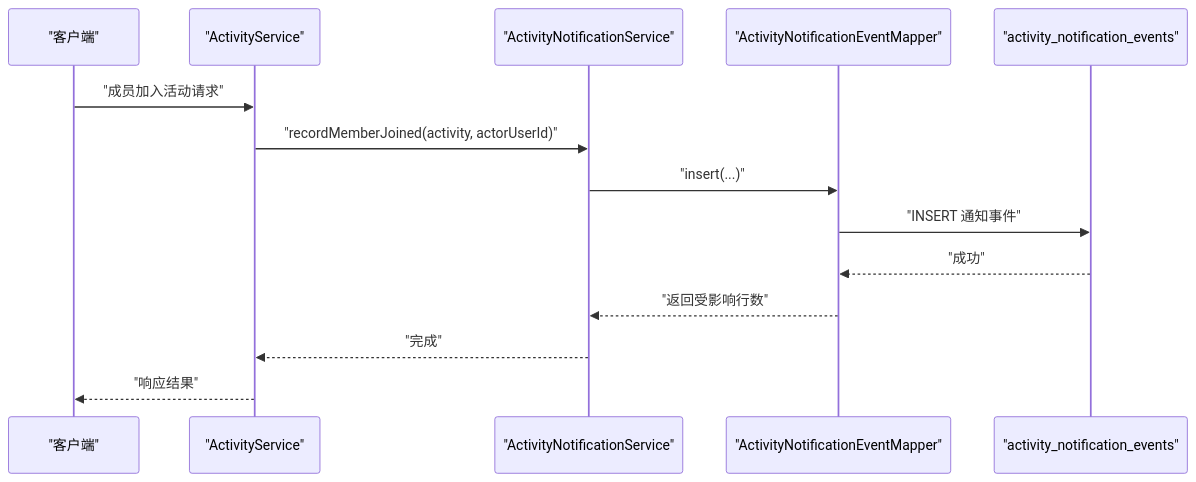
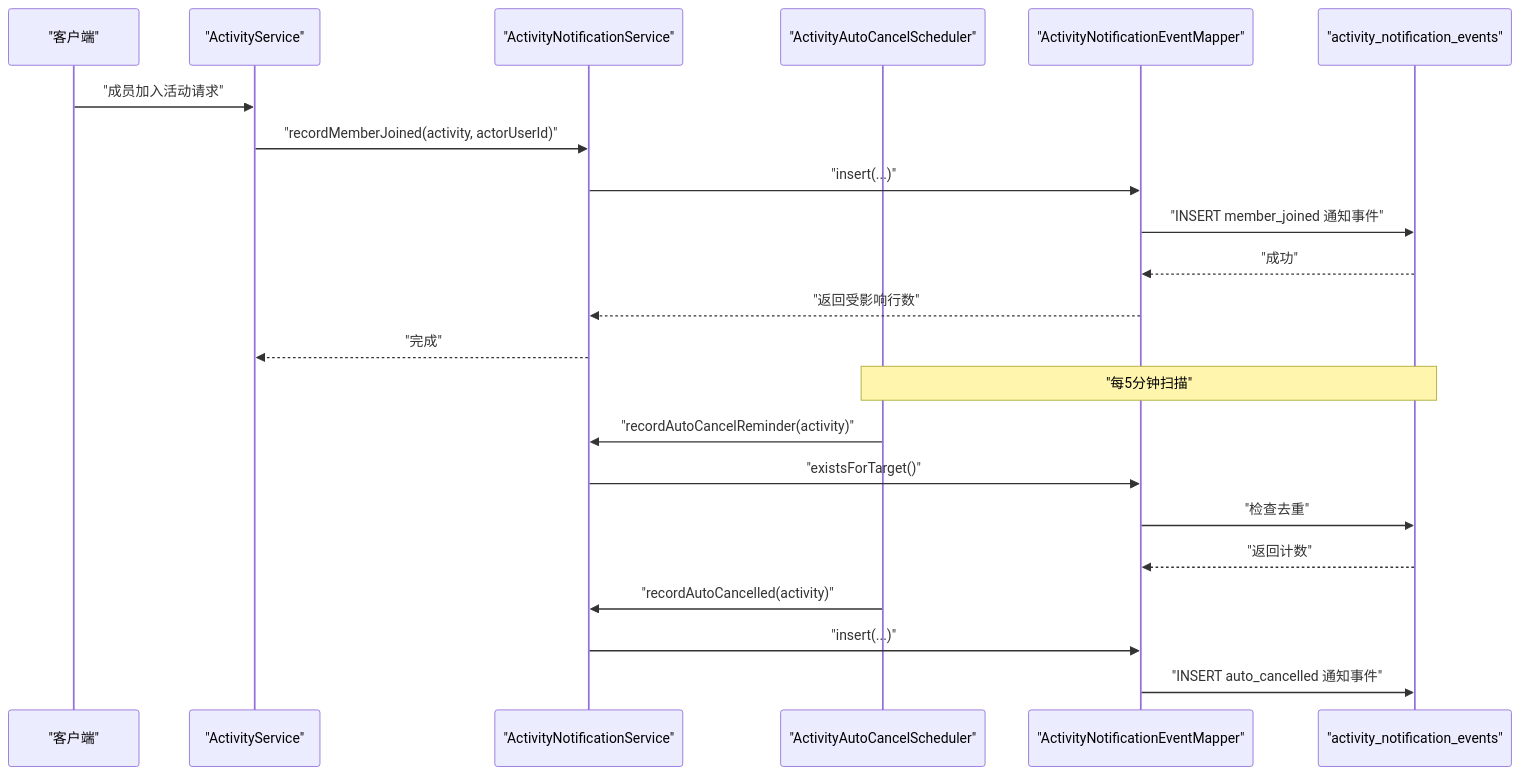
Before and after one commit to cwxiao/zugeju: the second of 6 diagrams in .qoder/repowiki/zh/content/数据库设计/数据库架构/通知事件表.md, drawn with Mermaid. The commit also changed other lines of this file and 72 other files, not shown here.

First line of the commit message:
前端：将UI资源装饰图融入各页面，提升视觉丰富度

````diff
--- a/.qoder/repowiki/zh/content/数据库设计/数据库架构/通知事件表.md
+++ b/.qoder/repowiki/zh/content/数据库设计/数据库架构/通知事件表.md
@@ -90,16 +110,24 @@
 ```mermaid
 sequenceDiagram
 participant Client as "客户端"
 participant ActSvc as "ActivityService"
 participant NotiSvc as "ActivityNotificationService"
+participant AutoSch as "ActivityAutoCancelScheduler"
 participant Mapper as "ActivityNotificationEventMapper"
 participant DB as "activity_notification_events"
 Client->>ActSvc : "成员加入活动请求"
 ActSvc->>NotiSvc : "recordMemberJoined(activity, actorUserId)"
 NotiSvc->>Mapper : "insert(...)"
-Mapper->>DB : "INSERT 通知事件"
+Mapper->>DB : "INSERT member_joined 通知事件"
 DB-->>Mapper : "成功"
 Mapper-->>NotiSvc : "返回受影响行数"
 NotiSvc-->>ActSvc : "完成"
-ActSvc-->>Client : "响应结果"
+Note over AutoSch,DB : "每5分钟扫描"
+AutoSch->>NotiSvc : "recordAutoCancelReminder(activity)"
+NotiSvc->>Mapper : "existsForTarget()"
+Mapper->>DB : "检查去重"
+DB-->>Mapper : "返回计数"
+AutoSch->>NotiSvc : "recordAutoCancelled(activity)"
+NotiSvc->>Mapper : "insert(...)"
+Mapper->>DB : "INSERT auto_cancelled 通知事件"
 ```
````
